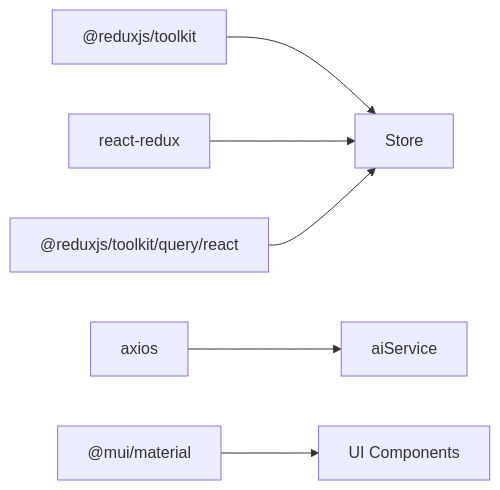
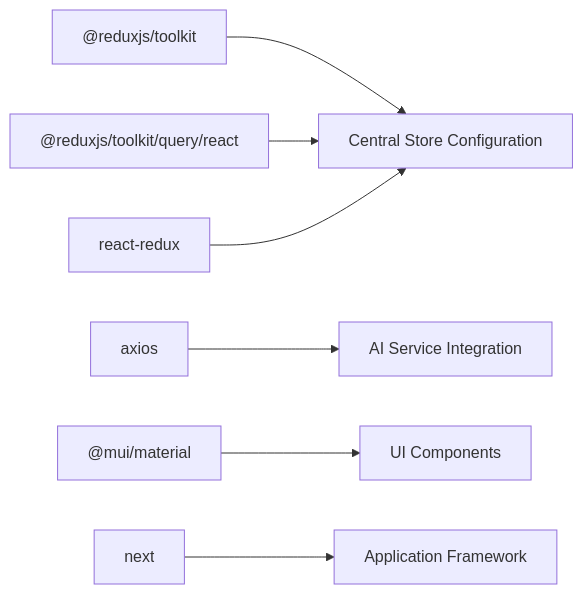
One commit to cacamarica/dashboard-ai changed the eighth of 8 diagrams in .qoder/repowiki/en/content/State Management.md. Above: the diagram before and after it, drawn with Mermaid. The commit also changed other lines of this file and 14 other files, not shown here.

````diff
--- a/.qoder/repowiki/en/content/State Management.md
+++ b/.qoder/repowiki/en/content/State Management.md
@@ -343,8 +480,9 @@
 ```mermaid
 graph LR
-RTK["@reduxjs/toolkit"] --> Store["Store"]
-RR["react-redux"] --> Store
-RTKQ["@reduxjs/toolkit/query/react"] --> Store
-Axios["axios"] --> AISvc["aiService"]
-MUI["@mui/material"] --> UIComp["UI Components"]
+RTK["@reduxjs/toolkit"] --> Store["Central Store Configuration"]
+RTKQuery["@reduxjs/toolkit/query/react"] --> Store
+ReactRedux["react-redux"] --> Store
+Axios["axios"] --> AIService["AI Service Integration"]
+MUI["@mui/material"] --> UIComponents["UI Components"]
+NextJS["next"] --> App["Application Framework"]
 ```
````
